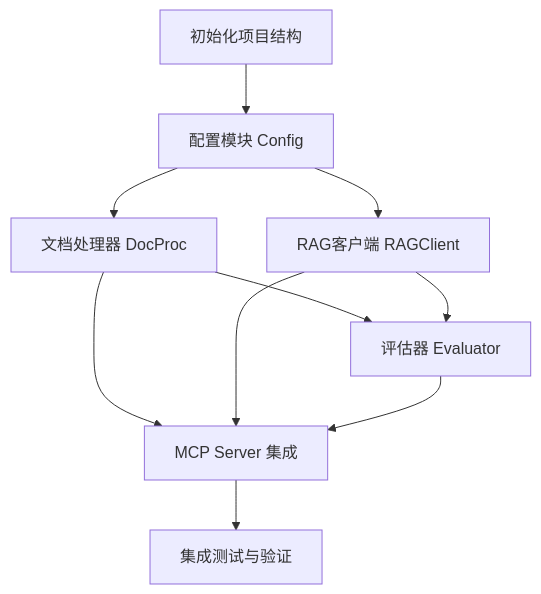
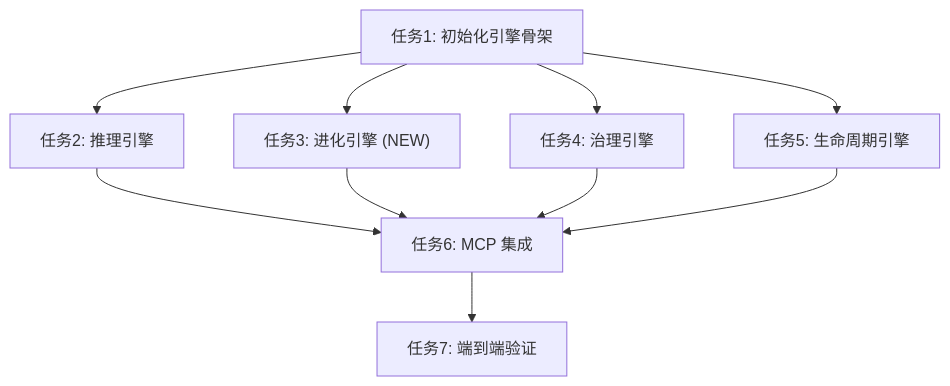
Before and after one commit to demo112/Try_make_mcp: the diagram in docs/GetInRAGFlow/03_Atomize/TASK_GetInRAGFlow.md, drawn with Mermaid. The commit also changed other lines of this file and 23 other files, not shown here.

````diff
--- a/docs/GetInRAGFlow/03_Atomize/TASK_GetInRAGFlow.md
+++ b/docs/GetInRAGFlow/03_Atomize/TASK_GetInRAGFlow.md
@@ -4,12 +5,12 @@
 ```mermaid
 graph TD
-    T1[初始化项目结构] --> T2[配置模块 Config]
-    T2 --> T3[文档处理器 DocProc]
-    T2 --> T4[RAG客户端 RAGClient]
-    T3 --> T5[评估器 Evaluator]
-    T4 --> T5
-    T3 --> T6[MCP Server 集成]
+    T1["任务1: 初始化引擎骨架"] --> T2["任务2: 推理引擎"]
+    T1 --> T3["任务3: 进化引擎 (NEW)"]
+    T1 --> T4["任务4: 治理引擎"]
+    T1 --> T5["任务5: 生命周期引擎"]
+    T2 --> T6["任务6: MCP 集成"]
+    T3 --> T6
     T4 --> T6
     T5 --> T6
-    T6 --> T7[集成测试与验证]
+    T6 --> T7["任务7: 端到端验证"]
 ```
````
